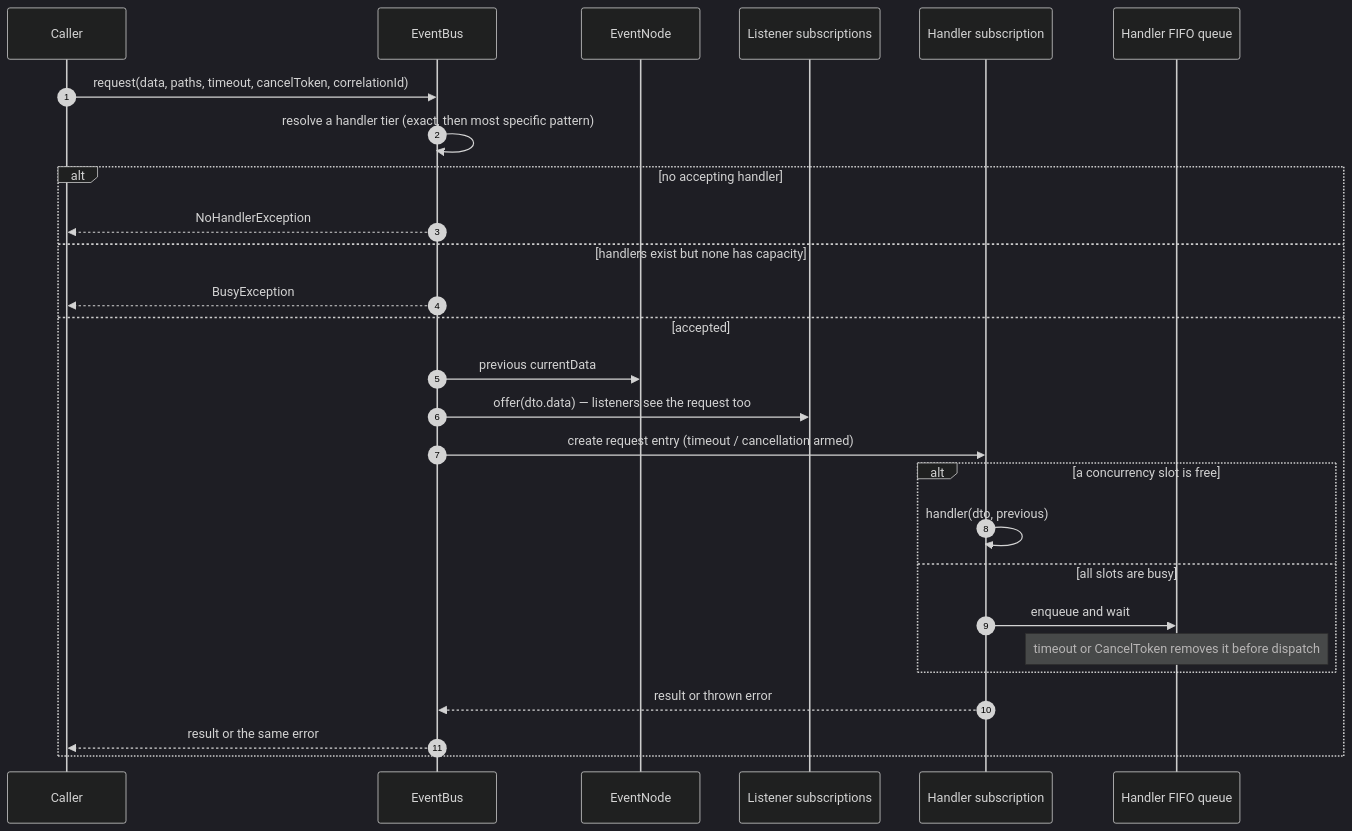
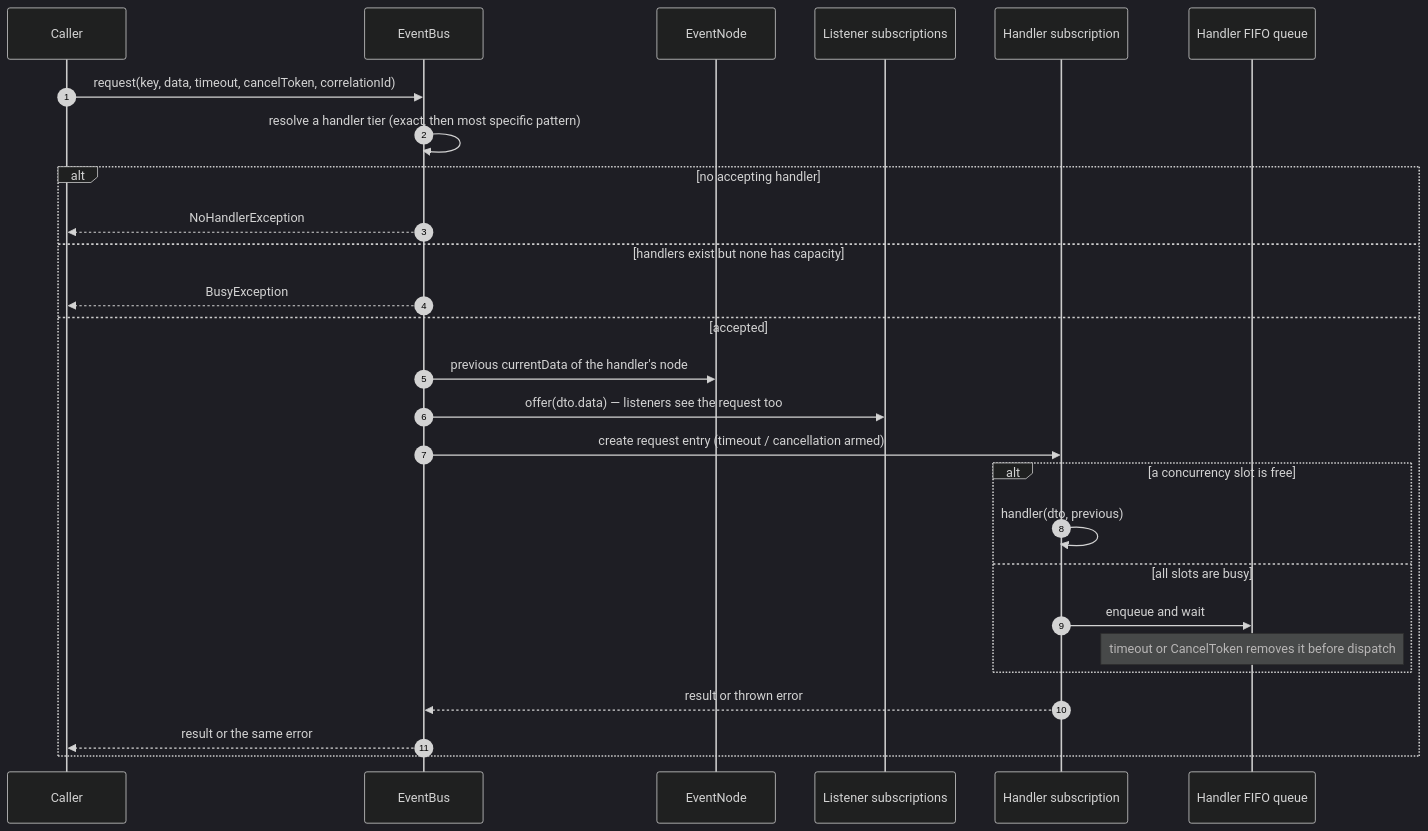
One commit to Avataromvatar/event_bus_arch changed the second of 4 diagrams in doc/01-architecture.md. Above: the diagram before and after it, drawn with Mermaid (dark theme). The commit also changed other lines of this file and 80 other files, not shown here.

````diff
--- a/doc/01-architecture.md
+++ b/doc/01-architecture.md
@@ -62,31 +65,31 @@
 ```mermaid
 sequenceDiagram
     autonumber
     participant C as Caller
     participant B as EventBus
     participant N as EventNode
     participant L as Listener subscriptions
     participant H as Handler subscription
     participant Q as Handler FIFO queue
 
-    C->>B: request(data, paths, timeout, cancelToken, correlationId)
+    C->>B: request(key, data, timeout, cancelToken, correlationId)
     B->>B: resolve a handler tier (exact, then most specific pattern)
 
     alt no accepting handler
         B-->>C: NoHandlerException
     else handlers exist but none has capacity
         B-->>C: BusyException
     else accepted
-        B->>N: previous currentData
+        B->>N: previous currentData of the handler's node
         B->>L: offer(dto.data) — listeners see the request too
         B->>H: create request entry (timeout / cancellation armed)
         alt a concurrency slot is free
             H->>H: handler(dto, previous)
         else all slots are busy
             H->>Q: enqueue and wait
             Note over Q: timeout or CancelToken removes it before dispatch
         end
         H-->>B: result or thrown error
         B-->>C: result or the same error
     end
 ```
````
